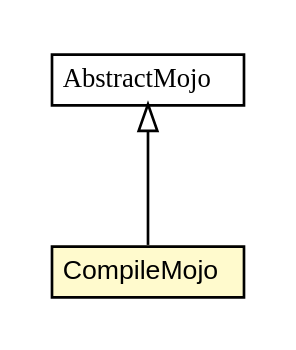
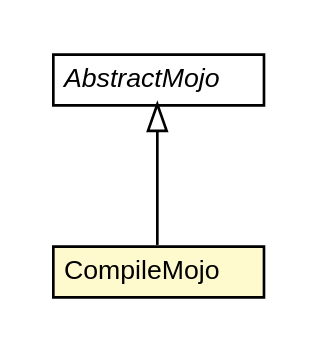
One commit to trajano/jetng changed the diagram in jetng-maven-plugin/apidocs/net/trajano/mojo/jetng/CompileMojo.dot. Above: the diagram before and after it, drawn with Graphviz. The commit also changed 74 other files, not shown here.

```diff
--- a/jetng-maven-plugin/apidocs/net/trajano/mojo/jetng/CompileMojo.dot
+++ b/jetng-maven-plugin/apidocs/net/trajano/mojo/jetng/CompileMojo.dot
@@ -1,26 +1,26 @@
 #!/usr/local/bin/dot
 #
 # Class diagram 
 # Generated by UMLGraph version R5_6-24-gf6e263 (http://www.umlgraph.org/)
 #
 
 digraph G {
-	edge [fontname="arial",fontsize=10,labelfontname="arial",labelfontsize=10];
-	node [fontname="arial",fontsize=10,shape=plaintext];
+	edge [fontname="Helvetica",fontsize=10,labelfontname="Helvetica",labelfontsize=10];
+	node [fontname="Helvetica",fontsize=10,shape=plaintext];
 	nodesep=0.25;
 	ranksep=0.5;
 	// net.trajano.mojo.jetng.CompileMojo
 	c6 [label=<<table title="net.trajano.mojo.jetng.CompileMojo" border="0" cellborder="1" cellspacing="0" cellpadding="2" port="p" bgcolor="lemonChiffon" href="./CompileMojo.html">
 		<tr><td><table border="0" cellspacing="0" cellpadding="1">
 <tr><td align="center" balign="center"> CompileMojo </td></tr>
 		</table></td></tr>
-		</table>>, URL="./CompileMojo.html", fontname="arial", fontcolor="black", fontsize=10.0];
+		</table>>, URL="./CompileMojo.html", fontname="Helvetica", fontcolor="black", fontsize=10.0];
 	//net.trajano.mojo.jetng.CompileMojo extends org.apache.maven.plugin.AbstractMojo
 	c9:p -> c6:p [dir=back,arrowtail=empty];
 	// org.apache.maven.plugin.AbstractMojo
 	c9 [label=<<table title="org.apache.maven.plugin.AbstractMojo" border="0" cellborder="1" cellspacing="0" cellpadding="2" port="p" href="http://java.sun.com/j2se/1.4.2/docs/api/org/apache/maven/plugin/AbstractMojo.html">
 		<tr><td><table border="0" cellspacing="0" cellpadding="1">
-<tr><td align="center" balign="center"><font face="arial italic"> AbstractMojo </font></td></tr>
+<tr><td align="center" balign="center"><font face="Helvetica-Oblique"> AbstractMojo </font></td></tr>
 		</table></td></tr>
-		</table>>, URL="http://java.sun.com/j2se/1.4.2/docs/api/org/apache/maven/plugin/AbstractMojo.html", fontname="arial", fontcolor="black", fontsize=10.0];
+		</table>>, URL="http://java.sun.com/j2se/1.4.2/docs/api/org/apache/maven/plugin/AbstractMojo.html", fontname="Helvetica", fontcolor="black", fontsize=10.0];
 }
```
